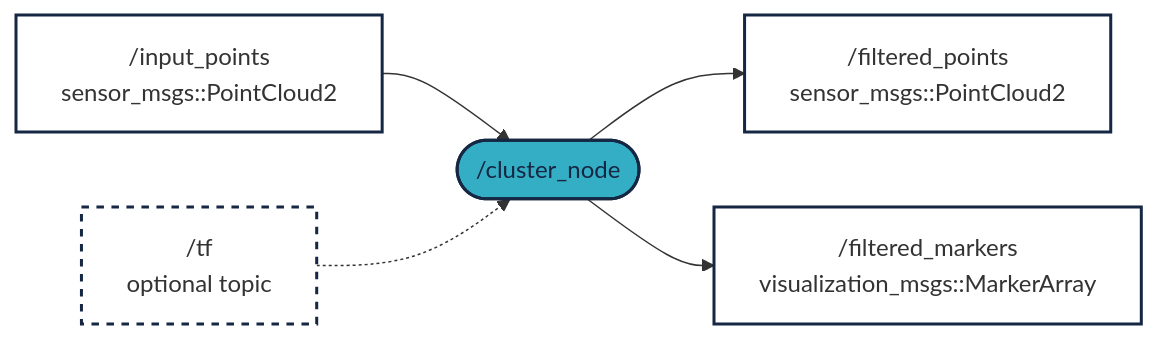
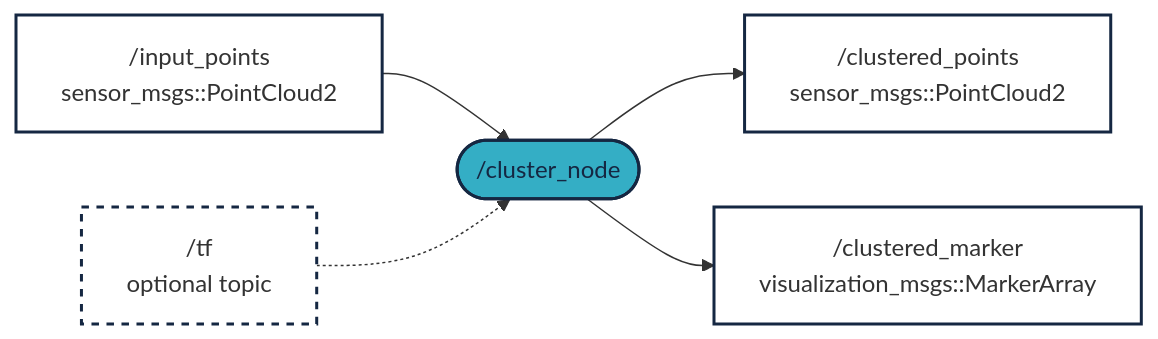
The diagram in README.md (jkk-research/lidar_cluster_ros2), drawn with Mermaid before and after one commit. The commit also changed other lines of this file and 8 other files, not shown here.

````diff
--- a/README.md
+++ b/README.md
@@ -38,13 +38,13 @@
 ``` mermaid
 graph LR;
 
     p[ /input_points<br/>sensor_msgs::PointCloud2]:::white --> cluster([ /cluster_node]):::light
     tf[ /tf <br/>optional topic]:::dash -.-> cluster
-    cluster --> f1[ /filtered_points<br/>sensor_msgs::PointCloud2]:::white
-    cluster --> f2[ /filtered_markers<br/>visualization_msgs::MarkerArray]:::white
+    cluster --> f1[ /clustered_points<br/>sensor_msgs::PointCloud2]:::white
+    cluster --> f2[ /clustered_marker<br/>visualization_msgs::MarkerArray]:::white
     classDef light fill:#34aec5,stroke:#152742,stroke-width:2px,color:#152742  
     classDef dark fill:#152742,stroke:#34aec5,stroke-width:2px,color:#34aec5
     classDef white fill:#ffffff,stroke:#152742,stroke-width:2px,color:#15274
     classDef dash fill:#ffffff,stroke:#152742,stroke-width:2px,color:#15274, stroke-dasharray: 5 5
     classDef red fill:#ef4638,stroke:#152742,stroke-width:2px,color:#fff
 ```
````
